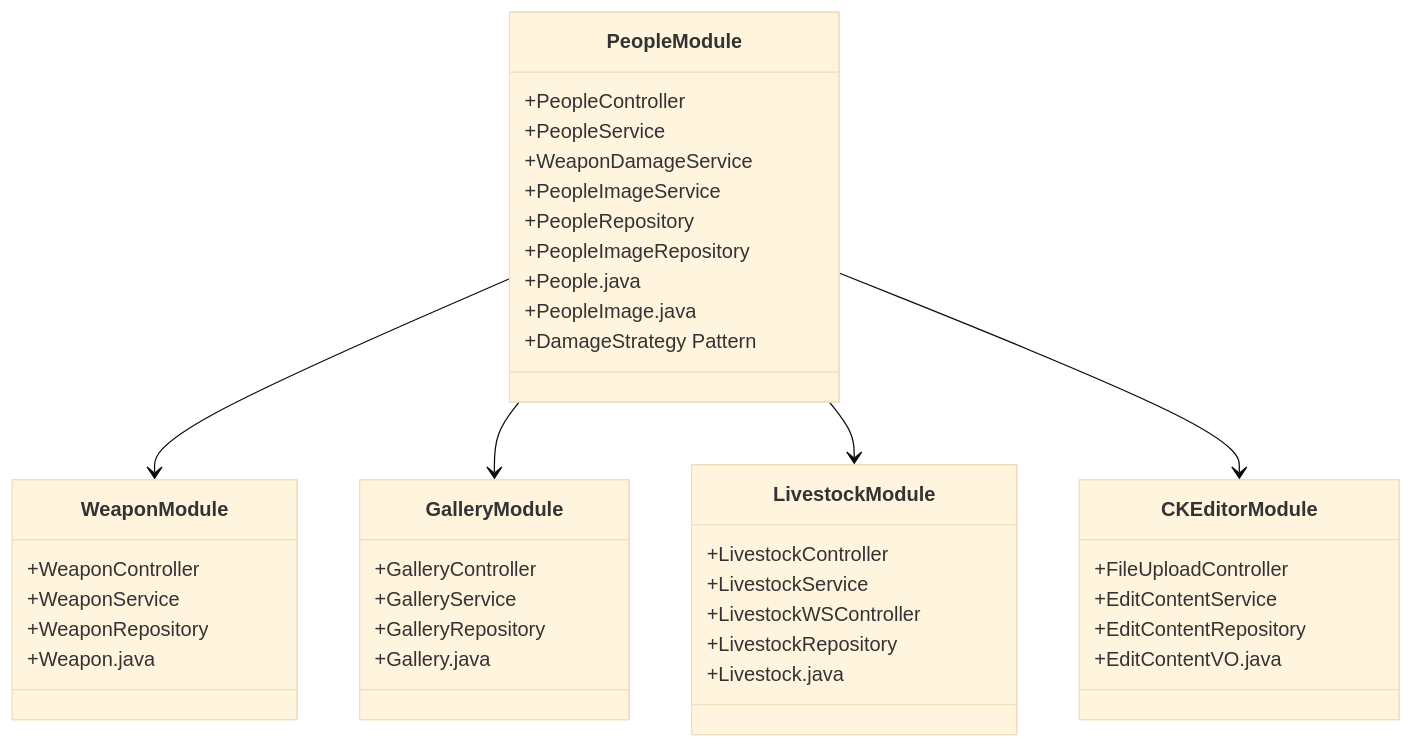
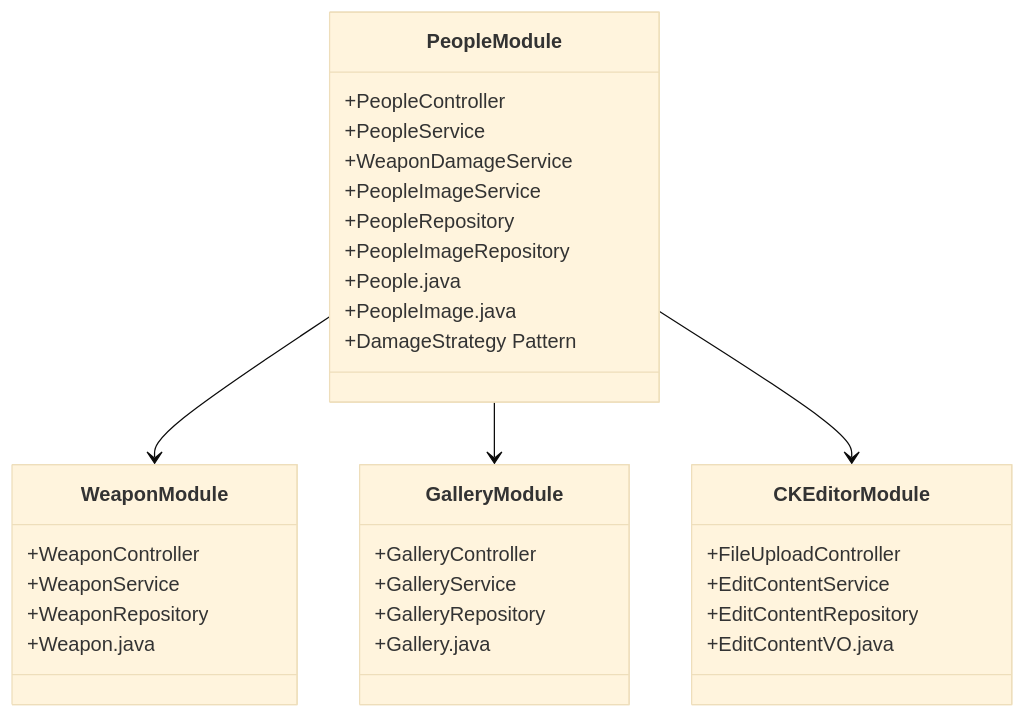
The second of 10 diagrams in README.md (Vinskao/ty-multiverse-backend), drawn with Mermaid (base theme) before and after one commit. The commit also changed other lines of this file and 22 other files, not shown here.

````diff
--- a/README.md
+++ b/README.md
@@ -107,50 +107,41 @@
 ```mermaid
 classDiagram
     class PeopleModule {
         +PeopleController
         +PeopleService
         +WeaponDamageService
         +PeopleImageService
         +PeopleRepository
         +PeopleImageRepository
         +People.java
         +PeopleImage.java
         +DamageStrategy Pattern
     }
     
     class WeaponModule {
         +WeaponController
         +WeaponService
         +WeaponRepository
         +Weapon.java
     }
     
     class GalleryModule {
         +GalleryController
         +GalleryService
         +GalleryRepository
         +Gallery.java
     }
     
-    class LivestockModule {
-        +LivestockController
-        +LivestockService
-        +LivestockWSController
-        +LivestockRepository
-        +Livestock.java
-    }
-    
     class CKEditorModule {
         +FileUploadController
         +EditContentService
         +EditContentRepository
         +EditContentVO.java
     }
   
     
     %% Module Dependencies
     PeopleModule --> WeaponModule
     PeopleModule --> GalleryModule
-    PeopleModule --> LivestockModule
     PeopleModule --> CKEditorModule
 ```
````
